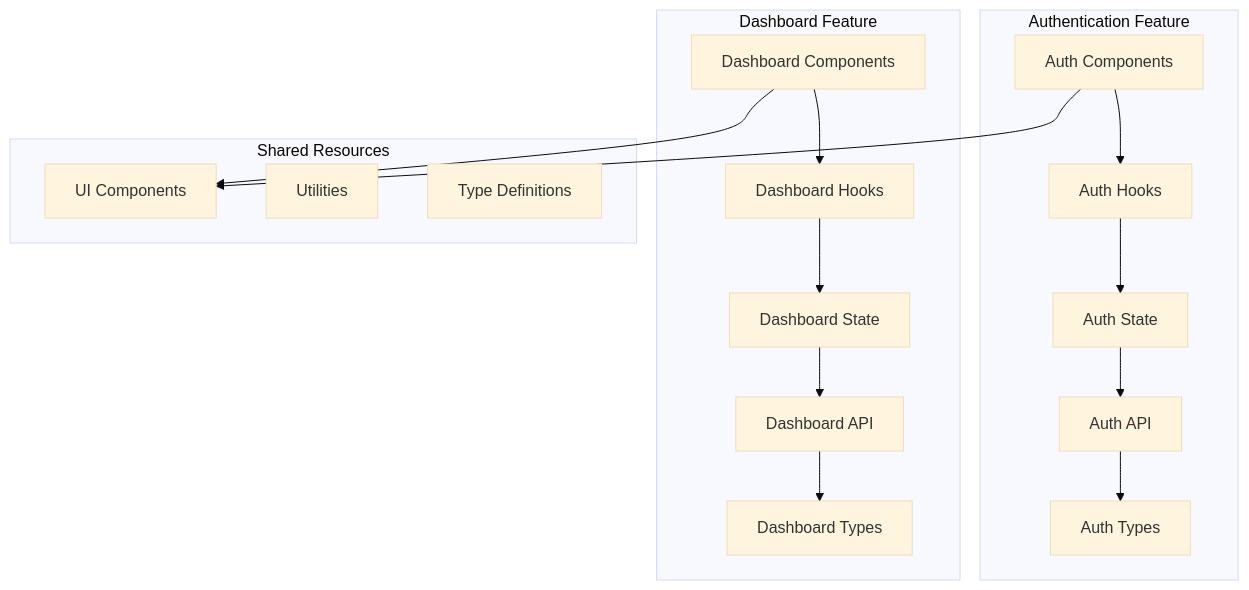
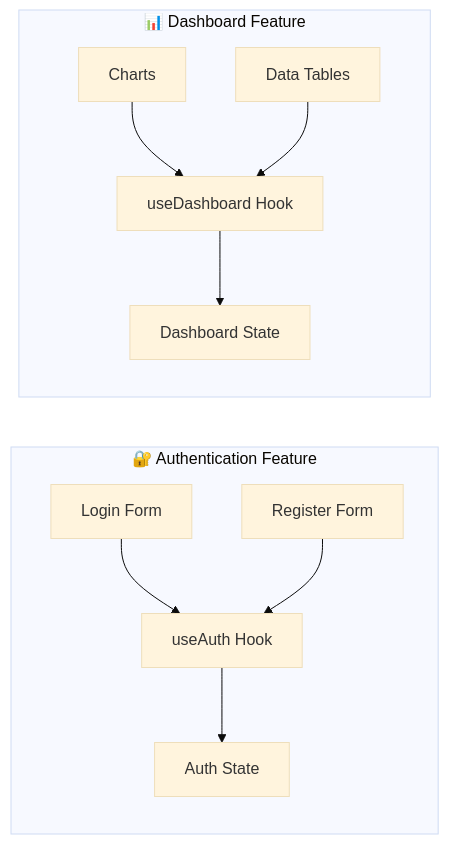
Before and after one commit to sep490-drivemate-system/webapp: the second of 17 diagrams in README.md, drawn with Mermaid (base theme). The commit also changed other lines of this file and 1 other file, not shown here.

````diff
--- a/README.md
+++ b/README.md
@@ -62,37 +57,24 @@
 ```mermaid
-graph TB
-    subgraph "Authentication Feature"
-        AuthUI[Auth Components]
-        AuthHooks[Auth Hooks]
+graph LR
+    subgraph "🔐 Authentication Feature"
+        Login[Login Form]
+        Register[Register Form]
+        AuthHook[useAuth Hook]
         AuthState[Auth State]
-        AuthAPI[Auth API]
-        AuthTypes[Auth Types]
     end
     
-    subgraph "Dashboard Feature"
-        DashboardUI[Dashboard Components]
-        DashboardHooks[Dashboard Hooks]
+    subgraph "📊 Dashboard Feature"
+        Charts[Charts]
+        Tables[Data Tables]
+        DashboardHook[useDashboard Hook]
         DashboardState[Dashboard State]
-        DashboardAPI[Dashboard API]
-        DashboardTypes[Dashboard Types]
     end
     
-    subgraph "Shared Resources"
-        SharedUI[UI Components]
-        SharedUtils[Utilities]
-        SharedTypes[Type Definitions]
-    end
+    Login --> AuthHook
+    Register --> AuthHook
+    AuthHook --> AuthState
     
-    AuthUI --> AuthHooks
-    AuthHooks --> AuthState
-    AuthState --> AuthAPI
-    AuthAPI --> AuthTypes
-    
-    DashboardUI --> DashboardHooks
-    DashboardHooks --> DashboardState
-    DashboardState --> DashboardAPI
-    DashboardAPI --> DashboardTypes
-    
-    AuthUI --> SharedUI
-    DashboardUI --> SharedUI
+    Charts --> DashboardHook
+    Tables --> DashboardHook
+    DashboardHook --> DashboardState
 ```
````
